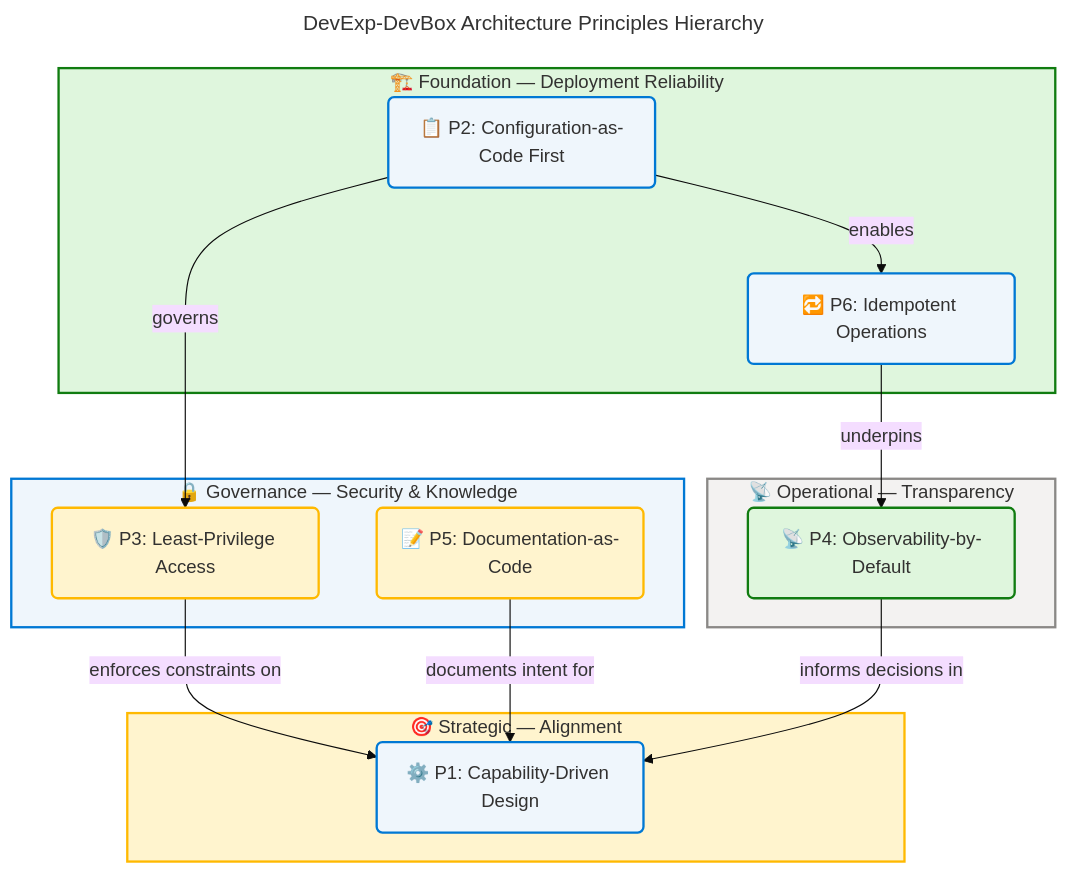
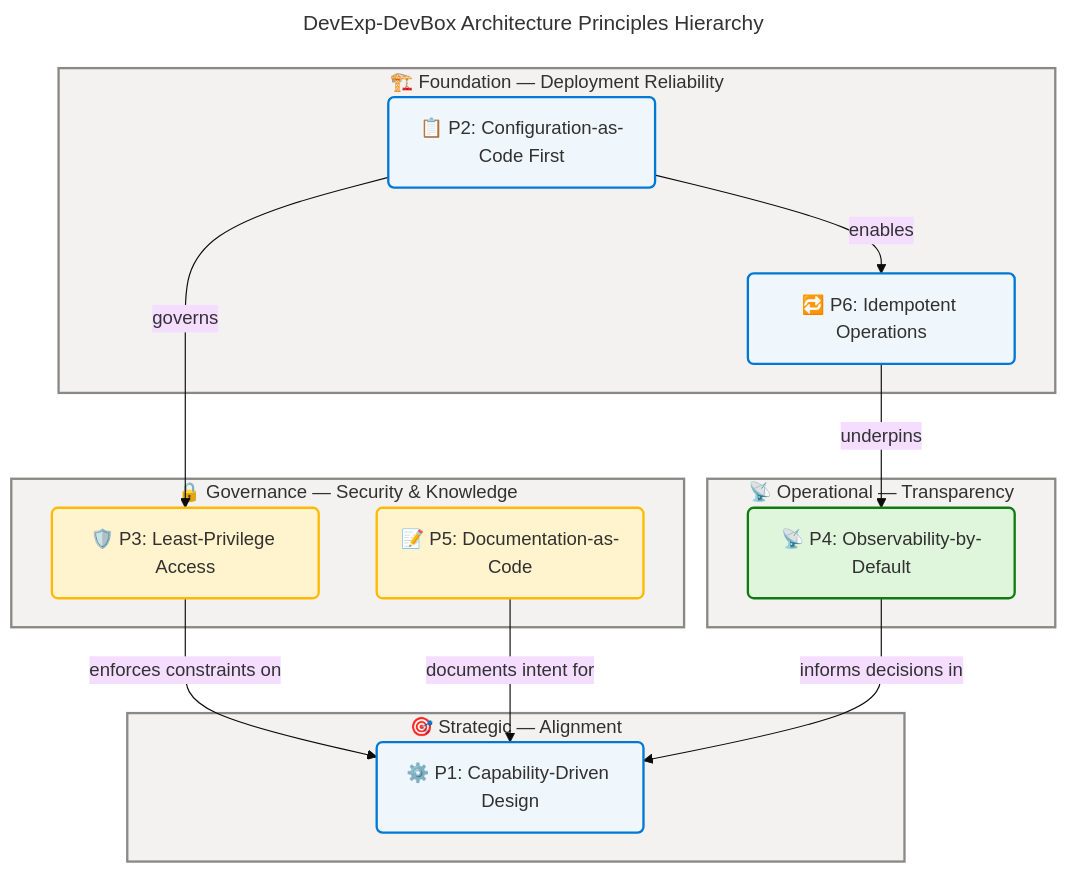
The third of 7 diagrams in docs/architecture/business-architecture.md (Evilazaro/DevExp-DevBox), drawn with Mermaid before and after one commit. The commit also changed other lines of this file and 2 other files, not shown here.

Commit message:
refactor: Update Mermaid diagram styles for improved visual consistency across architecture documents

````diff
--- a/docs/architecture/business-architecture.md
+++ b/docs/architecture/business-architecture.md
@@ -419,61 +419,61 @@
 ```mermaid
 ---
 title: DevExp-DevBox Architecture Principles Hierarchy
 config:
   theme: base
   look: classic
   layout: dagre
   themeVariables:
     fontSize: '16px'
   flowchart:
     htmlLabels: true
 ---
 flowchart TB
     accTitle: DevExp-DevBox Architecture Principles Hierarchy
     accDescr: Shows six architecture principles organized into four governance tiers — Foundation, Security and Knowledge, Operational Transparency, and Strategic Alignment — with dependency arrows showing how lower-tier principles enable higher-tier ones.
 
     %% ═══════════════════════════════════════════════════════════════════════════
     %% AZURE / FLUENT ARCHITECTURE PATTERN v1.1
     %% (Semantic + Structural + Font + Accessibility Governance)
     %% ═══════════════════════════════════════════════════════════════════════════
     %% PHASE 1 - FLUENT UI: All styling uses approved Fluent UI palette only
     %% PHASE 2 - GROUPS: Every subgraph has semantic color via style directive
     %% PHASE 3 - COMPONENTS: Every node has semantic classDef + icon prefix
     %% PHASE 4 - ACCESSIBILITY: accTitle/accDescr present, WCAG AA contrast
     %% PHASE 5 - STANDARD: Governance block present, classDefs centralized
     %% ═══════════════════════════════════════════════════════════════════════════
 
     subgraph foundation["🏗️ Foundation — Deployment Reliability"]
         p2("📋 P2: Configuration-as-Code First"):::core
         p6("🔁 P6: Idempotent Operations"):::core
     end
 
     subgraph governance["🔒 Governance — Security & Knowledge"]
         p3("🛡️ P3: Least-Privilege Access"):::warning
         p5("📝 P5: Documentation-as-Code"):::warning
     end
 
     subgraph operational["📡 Operational — Transparency"]
         p4("📡 P4: Observability-by-Default"):::success
     end
 
     subgraph strategic["🎯 Strategic — Alignment"]
         p1("⚙️ P1: Capability-Driven Design"):::core
     end
 
     p2 -->|"governs"| p3
     p2 -->|"enables"| p6
     p6 -->|"underpins"| p4
     p3 -->|"enforces constraints on"| p1
     p5 -->|"documents intent for"| p1
     p4 -->|"informs decisions in"| p1
 
-    style foundation fill:#DFF6DD,stroke:#107C10,stroke-width:2px,color:#323130
-    style governance fill:#EFF6FC,stroke:#0078D4,stroke-width:2px,color:#323130
+    style foundation fill:#F3F2F1,stroke:#8A8886,stroke-width:2px,color:#323130
+    style governance fill:#F3F2F1,stroke:#8A8886,stroke-width:2px,color:#323130
     style operational fill:#F3F2F1,stroke:#8A8886,stroke-width:2px,color:#323130
-    style strategic fill:#FFF4CE,stroke:#FFB900,stroke-width:2px,color:#323130
+    style strategic fill:#F3F2F1,stroke:#8A8886,stroke-width:2px,color:#323130
 
     classDef core fill:#EFF6FC,stroke:#0078D4,stroke-width:2px,color:#323130
     classDef warning fill:#FFF4CE,stroke:#FFB900,stroke-width:2px,color:#323130
     classDef success fill:#DFF6DD,stroke:#107C10,stroke-width:2px,color:#323130
 ```
````
